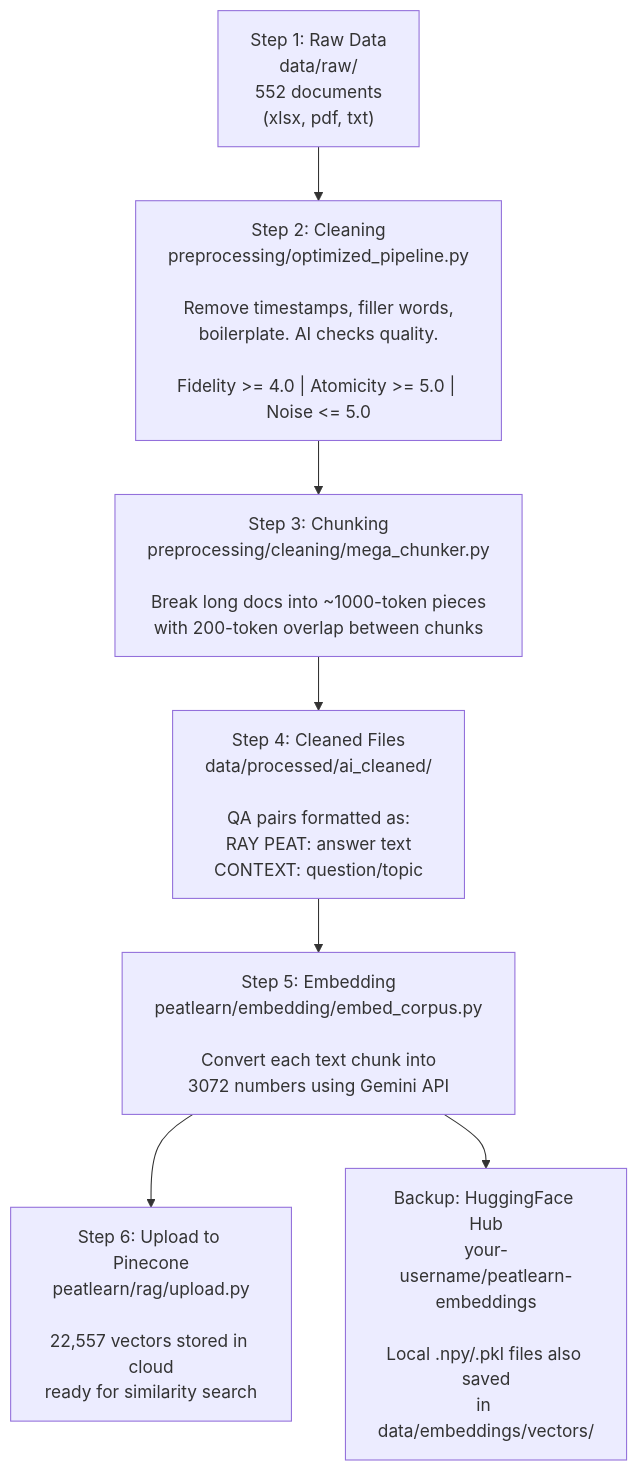
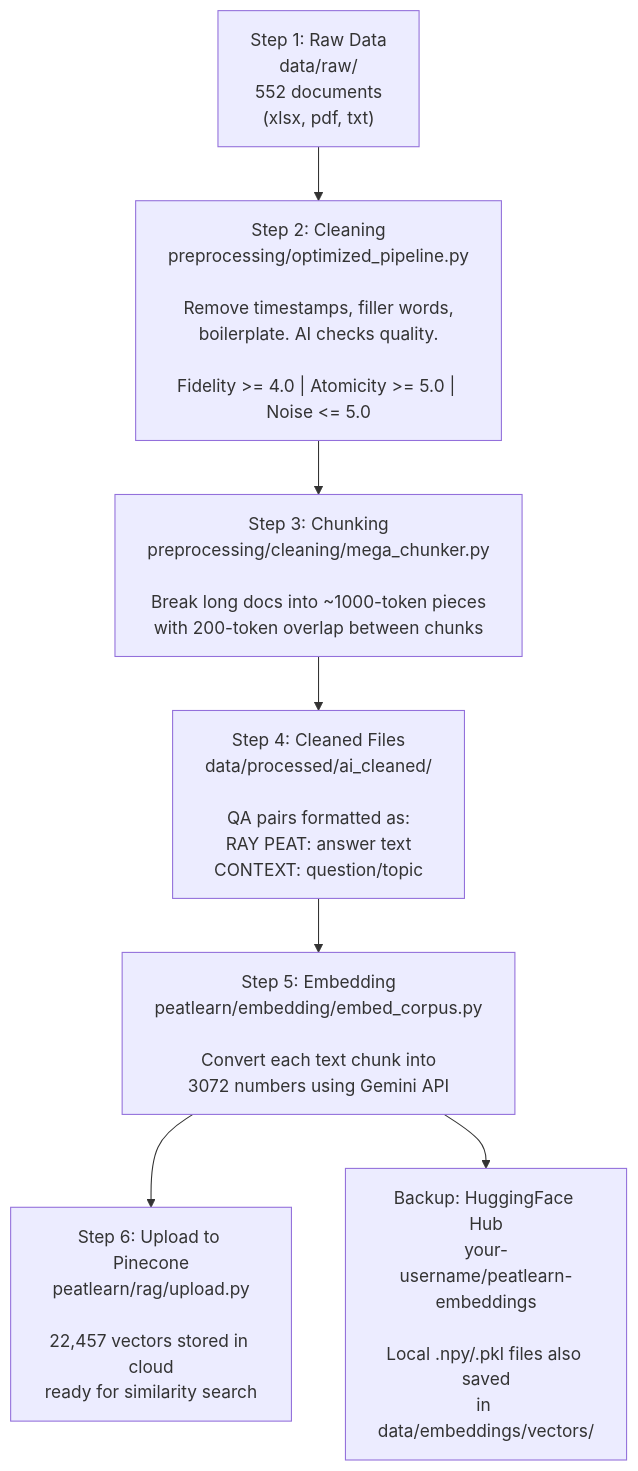
One commit to spacesheepinternet/PeatLearn changed the second of 22 diagrams in DOCUMENTARY.md. Above: the diagram before and after it, drawn with Mermaid. The commit also changed other lines of this file and 9 other files, not shown here.

````diff
--- a/DOCUMENTARY.md
+++ b/DOCUMENTARY.md
@@ -200,9 +204,9 @@
 ```mermaid
 flowchart TD
     A["Step 1: Raw Data\ndata/raw/\n552 documents\n(xlsx, pdf, txt)"] --> B["Step 2: Cleaning\npreprocessing/optimized_pipeline.py\n\nRemove timestamps, filler words,\nboilerplate. AI checks quality.\n\nFidelity >= 4.0 | Atomicity >= 5.0 | Noise <= 5.0"]
     B --> C["Step 3: Chunking\npreprocessing/cleaning/mega_chunker.py\n\nBreak long docs into ~1000-token pieces\nwith 200-token overlap between chunks"]
     C --> D["Step 4: Cleaned Files\ndata/processed/ai_cleaned/\n\nQA pairs formatted as:\nRAY PEAT: answer text\nCONTEXT: question/topic"]
     D --> E["Step 5: Embedding\npeatlearn/embedding/embed_corpus.py\n\nConvert each text chunk into\n3072 numbers using Gemini API"]
-    E --> F["Step 6: Upload to Pinecone\npeatlearn/rag/upload.py\n\n22,557 vectors stored in cloud\nready for similarity search"]
+    E --> F["Step 6: Upload to Pinecone\npeatlearn/rag/upload.py\n\n22,457 vectors stored in cloud\nready for similarity search"]
     E --> G["Backup: HuggingFace Hub\nyour-username/peatlearn-embeddings\n\nLocal .npy/.pkl files also saved\nin data/embeddings/vectors/"]
 ```
````
